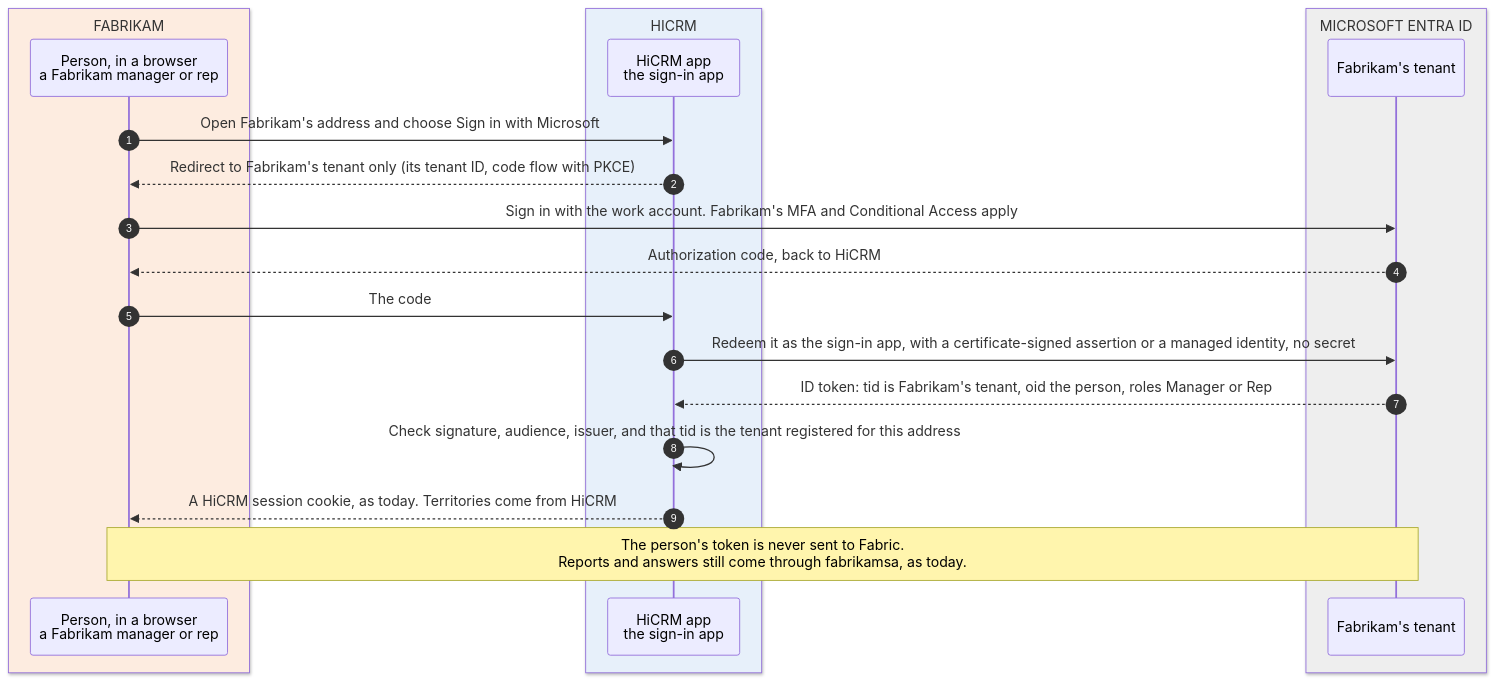
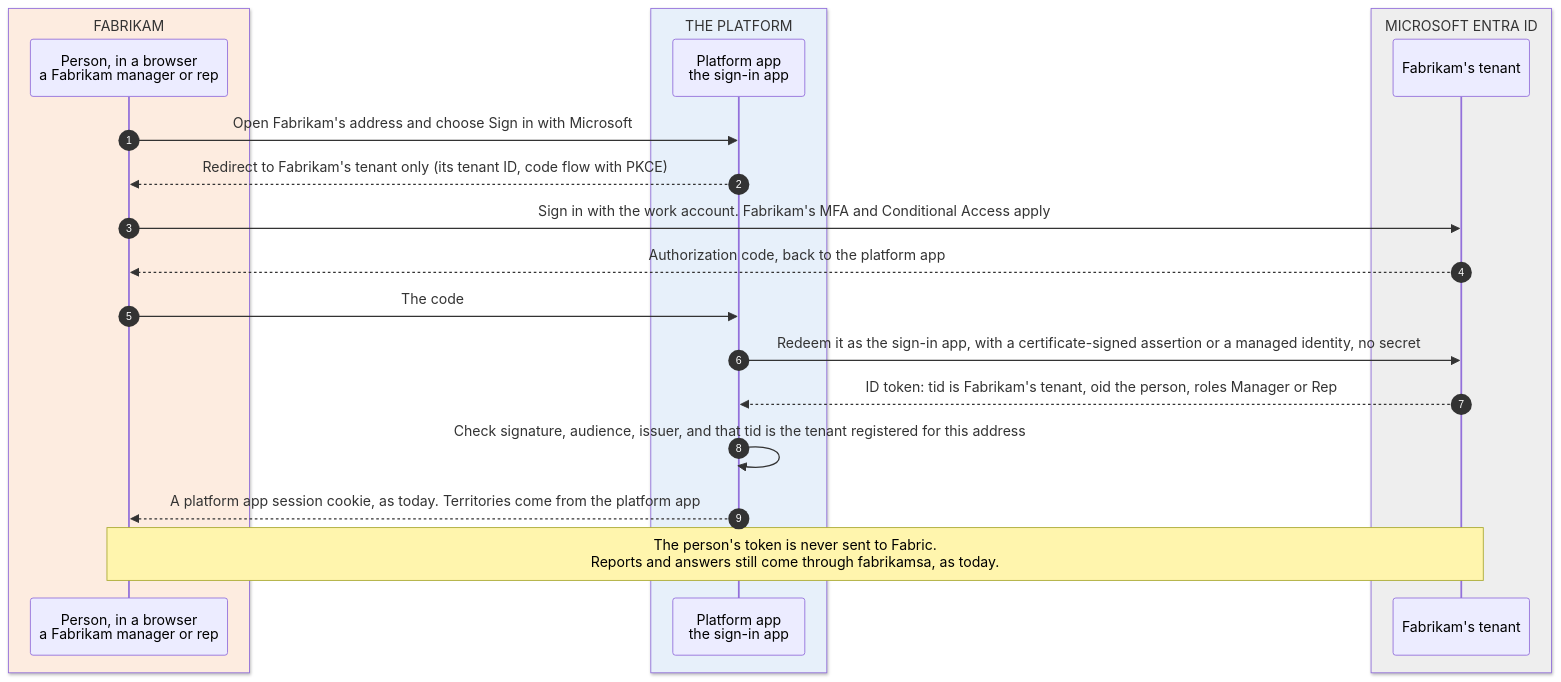
The third of 5 diagrams in saas-platform/IDENTITIES.md (apkola29/fabric), drawn with Mermaid before and after one commit. The commit also changed other lines of this file and 72 other files, not shown here.

First line of the commit message:
saas-platform: rename HiCRM to the platform app; official Fabric icons

````diff
--- a/saas-platform/IDENTITIES.md
+++ b/saas-platform/IDENTITIES.md
@@ -243,24 +244,24 @@
 ```mermaid
 sequenceDiagram
   autonumber
   box rgb(253,236,224) FABRIKAM
     participant P as Person, in a browser<br/>a Fabrikam manager or rep
   end
-  box rgb(231,240,250) HICRM
-    participant A as HiCRM app<br/>the sign-in app
+  box rgb(231,240,250) THE PLATFORM
+    participant A as Platform app<br/>the sign-in app
   end
   box rgb(238,238,238) MICROSOFT ENTRA ID
     participant E as Fabrikam's tenant
   end
 
   P->>A: Open Fabrikam's address and choose Sign in with Microsoft
   A-->>P: Redirect to Fabrikam's tenant only (its tenant ID, code flow with PKCE)
   P->>E: Sign in with the work account. Fabrikam's MFA and Conditional Access apply
-  E-->>P: Authorization code, back to HiCRM
+  E-->>P: Authorization code, back to the platform app
   P->>A: The code
   A->>E: Redeem it as the sign-in app, with a certificate-signed assertion or a managed identity, no secret
   E-->>A: ID token: tid is Fabrikam's tenant, oid the person, roles Manager or Rep
   A->>A: Check signature, audience, issuer, and that tid is the tenant registered for this address
-  A-->>P: A HiCRM session cookie, as today. Territories come from HiCRM
+  A-->>P: A platform app session cookie, as today. Territories come from the platform app
   Note over P,E: The person's token is never sent to Fabric.<br/>Reports and answers still come through fabrikamsa, as today.
 ```
````
